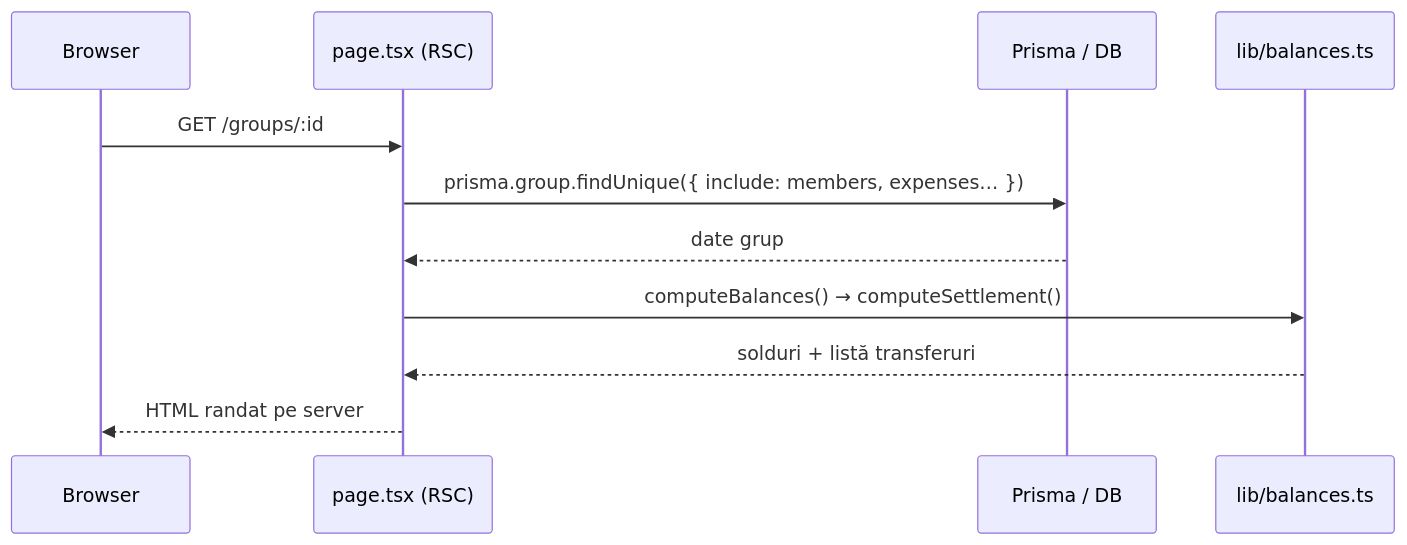
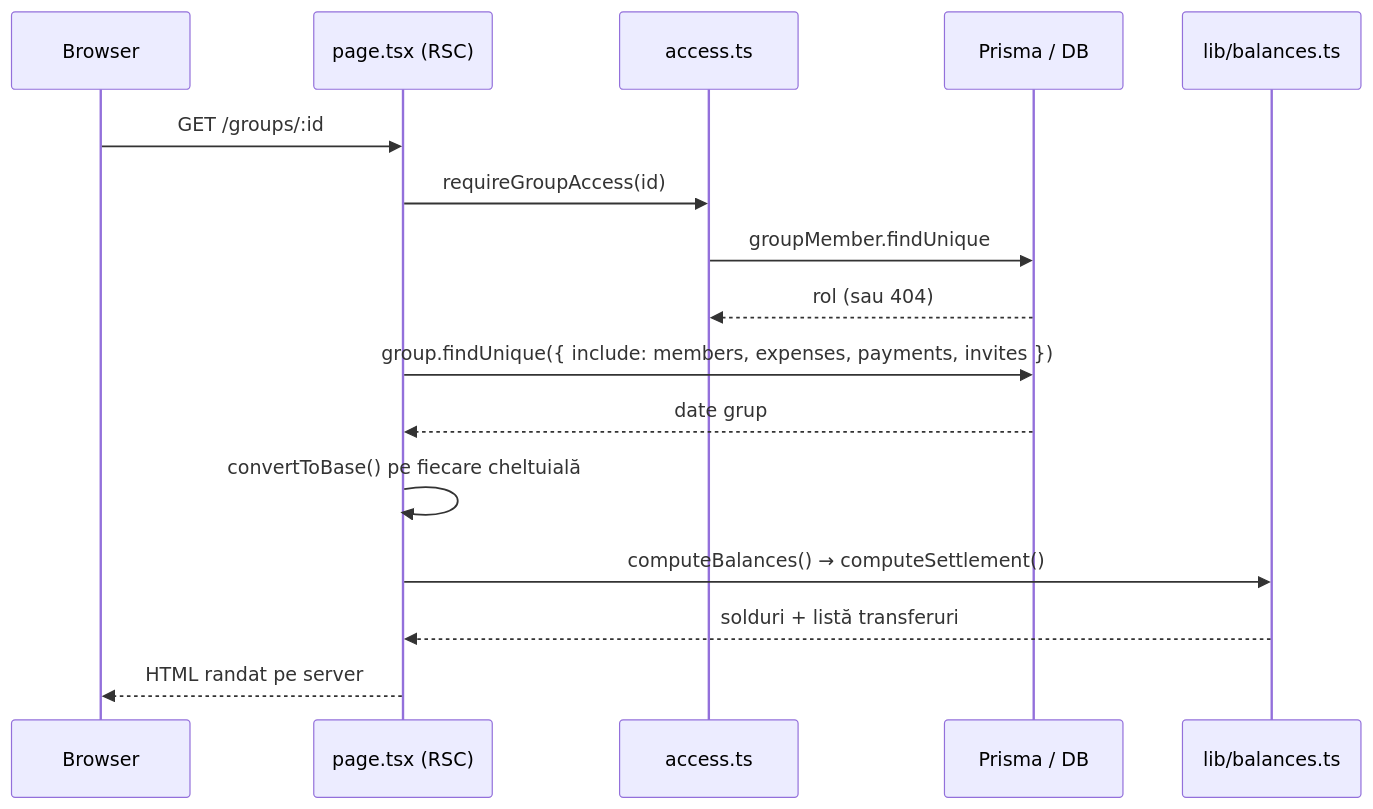
One commit to anapascu-08/expense-splitter changed the second of 5 diagrams in ARCHITECTURE.md. Above: the diagram before and after it, drawn with Mermaid. The commit also changed other lines of this file, not shown here.

Commit message:
docs(architecture): update project architecture details and clarify authentication flow

````diff
--- a/ARCHITECTURE.md
+++ b/ARCHITECTURE.md
@@ -78,14 +189,19 @@
 ```mermaid
 sequenceDiagram
   participant B as Browser
   participant P as page.tsx (RSC)
+  participant G as access.ts
   participant DB as Prisma / DB
   participant L as lib/balances.ts
 
   B->>P: GET /groups/:id
-  P->>DB: prisma.group.findUnique({ include: members, expenses… })
+  P->>G: requireGroupAccess(id)
+  G->>DB: groupMember.findUnique
+  DB-->>G: rol (sau 404)
+  P->>DB: group.findUnique({ include: members, expenses, payments, invites })
   DB-->>P: date grup
+  P->>P: convertToBase() pe fiecare cheltuială
   P->>L: computeBalances() → computeSettlement()
   L-->>P: solduri + listă transferuri
   P-->>B: HTML randat pe server
 ```
````
